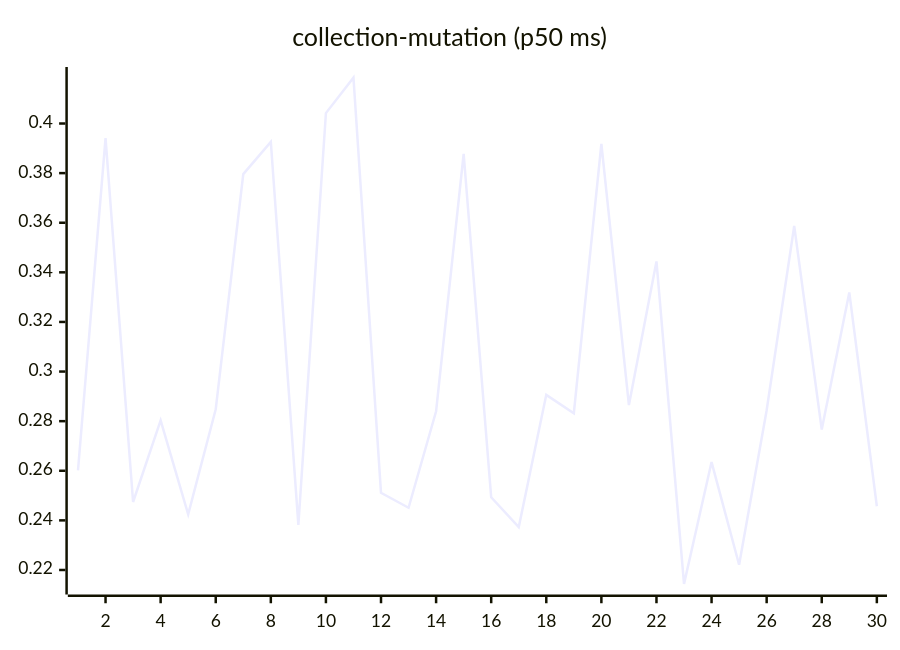
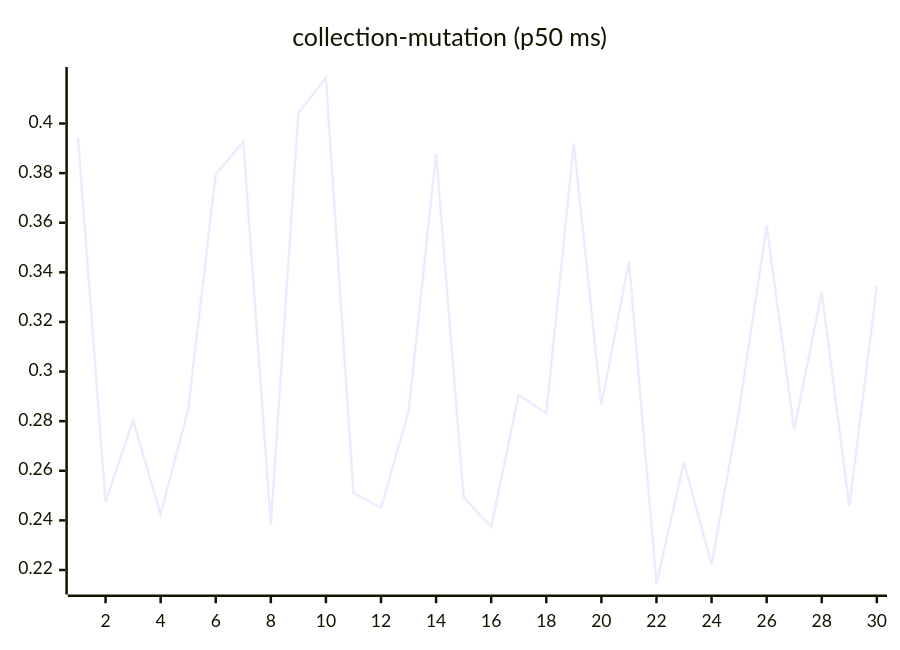
One commit to josha/Facet changed the sixth of 27 diagrams in README.md. Above: the diagram before and after it, drawn with Mermaid. The commit also changed other lines of this file and 2 other files, not shown here.

````diff
--- a/README.md
+++ b/README.md
@@ -98,6 +98,6 @@
 ```mermaid
 xychart-beta
     title "collection-mutation (p50 ms)"
     x-axis 1 --> 30
-    line [0.2602, 0.3941, 0.2474, 0.2803, 0.2424, 0.2848, 0.3796, 0.3926, 0.2382, 0.4042, 0.4185, 0.2511, 0.2451, 0.2840, 0.3878, 0.2493, 0.2373, 0.2906, 0.2832, 0.3918, 0.2865, 0.3444, 0.2144, 0.2635, 0.2221, 0.2844, 0.3587, 0.2766, 0.3319, 0.2457]
+    line [0.3941, 0.2474, 0.2803, 0.2424, 0.2848, 0.3796, 0.3926, 0.2382, 0.4042, 0.4185, 0.2511, 0.2451, 0.2840, 0.3878, 0.2493, 0.2373, 0.2906, 0.2832, 0.3918, 0.2865, 0.3444, 0.2144, 0.2635, 0.2221, 0.2844, 0.3587, 0.2766, 0.3319, 0.2457, 0.3344]
 ```
````
